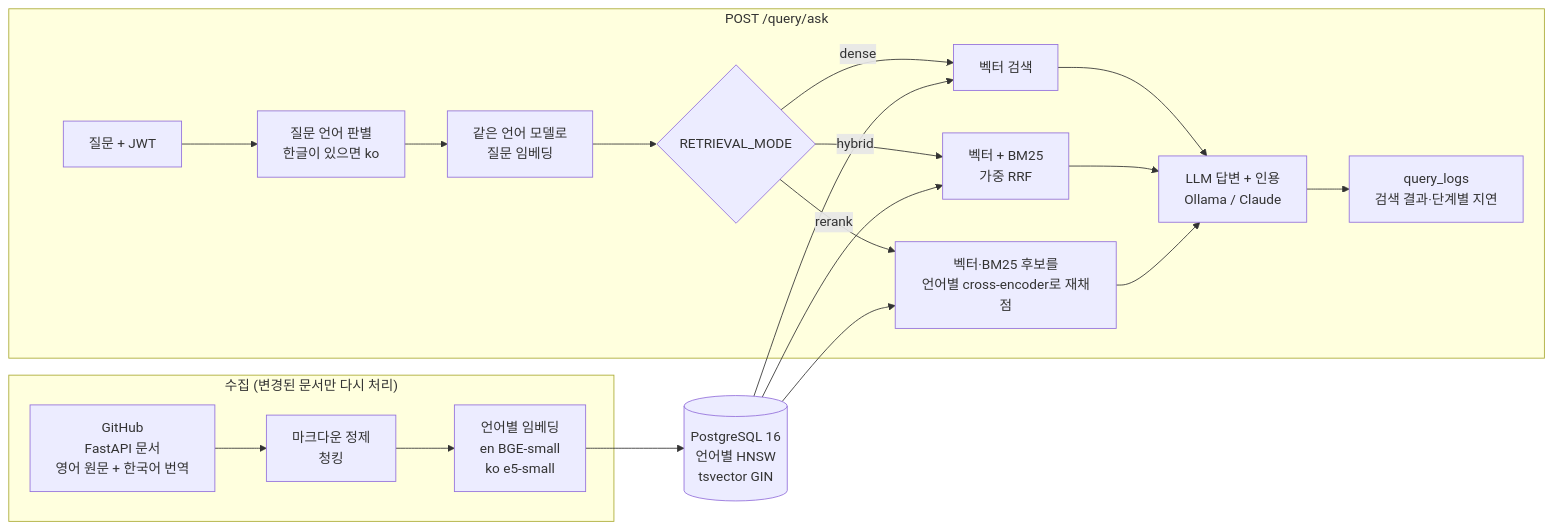
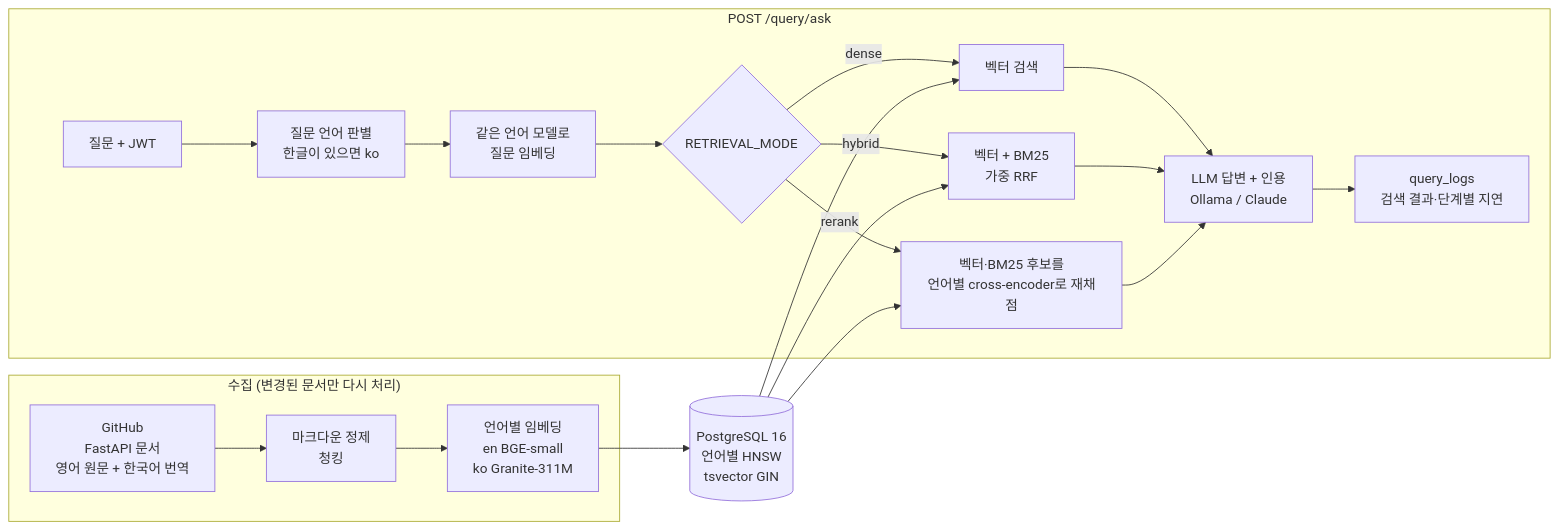
The diagram in README.md (hyeonbin123/rag-doc-qa), drawn with Mermaid before and after one commit. The commit also changed other lines of this file and 9 other files, not shown here.

````diff
--- a/README.md
+++ b/README.md
@@ -21,20 +21,20 @@
 ```mermaid
 flowchart LR
     subgraph ingest["수집 (변경된 문서만 다시 처리)"]
-        GH["GitHub<br/>FastAPI 문서<br/>영어 원문 + 한국어 번역"] --> CL["마크다운 정제<br/>청킹"] --> EP["언어별 임베딩<br/>en BGE-small<br/>ko e5-small"]
+        GH["GitHub<br/>FastAPI 문서<br/>영어 원문 + 한국어 번역"] --> CL["마크다운 정제<br/>청킹"] --> EP["언어별 임베딩<br/>en BGE-small<br/>ko Granite-311M"]
     end
     EP --> PG[("PostgreSQL 16<br/>언어별 HNSW<br/>tsvector GIN")]
     subgraph ask["POST /query/ask"]
         Q["질문 + JWT"] --> LANG["질문 언어 판별<br/>한글이 있으면 ko"] --> EQ["같은 언어 모델로<br/>질문 임베딩"] --> MODE{"RETRIEVAL_MODE"}
         MODE -->|dense| D["벡터 검색"]
         MODE -->|hybrid| H["벡터 + BM25<br/>가중 RRF"]
         MODE -->|rerank| R["벡터·BM25 후보를<br/>언어별 cross-encoder로 재채점"]
         D --> GEN["LLM 답변 + 인용<br/>Ollama / Claude"]
         H --> GEN
         R --> GEN
         GEN --> LOG["query_logs<br/>검색 결과·단계별 지연"]
     end
     PG --> D
     PG --> H
     PG --> R
 ```
````
